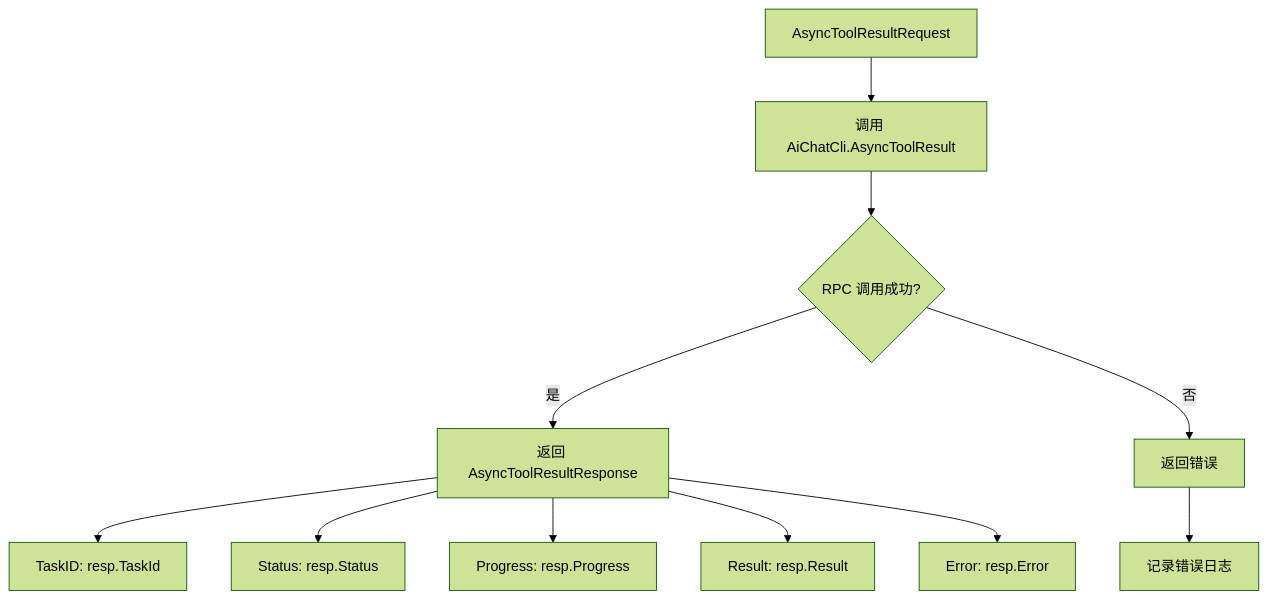
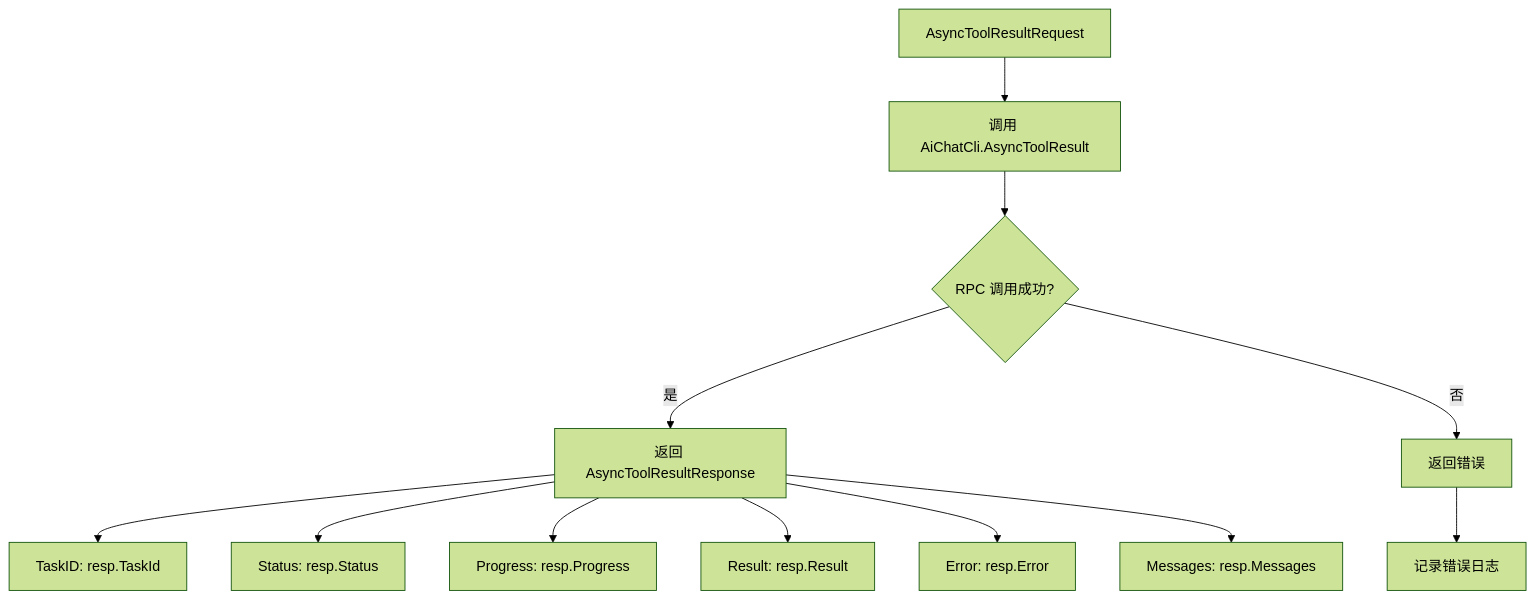
Diagram 13 of 36 in .qoder/repowiki/zh/content/Aigtw Gateway Service.md (maomao94/zero-service), drawn with Mermaid (forest theme) before and after one commit. The commit also changed other lines of this file and 58 other files, not shown here.

````diff
--- a/.qoder/repowiki/zh/content/Aigtw Gateway Service.md
+++ b/.qoder/repowiki/zh/content/Aigtw Gateway Service.md
@@ -501,13 +615,14 @@
 ```mermaid
 flowchart TD
 A[AsyncToolResultRequest] --> B[调用 AiChatCli.AsyncToolResult]
 B --> C{RPC 调用成功?}
 C --> |是| D[返回 AsyncToolResultResponse]
 C --> |否| E[返回错误]
 D --> F[TaskID: resp.TaskId]
 D --> G[Status: resp.Status]
 D --> H[Progress: resp.Progress]
 D --> I[Result: resp.Result]
 D --> J[Error: resp.Error]
-E --> K[记录错误日志]
+D --> K[Messages: resp.Messages]
+E --> L[记录错误日志]
 ```
````
